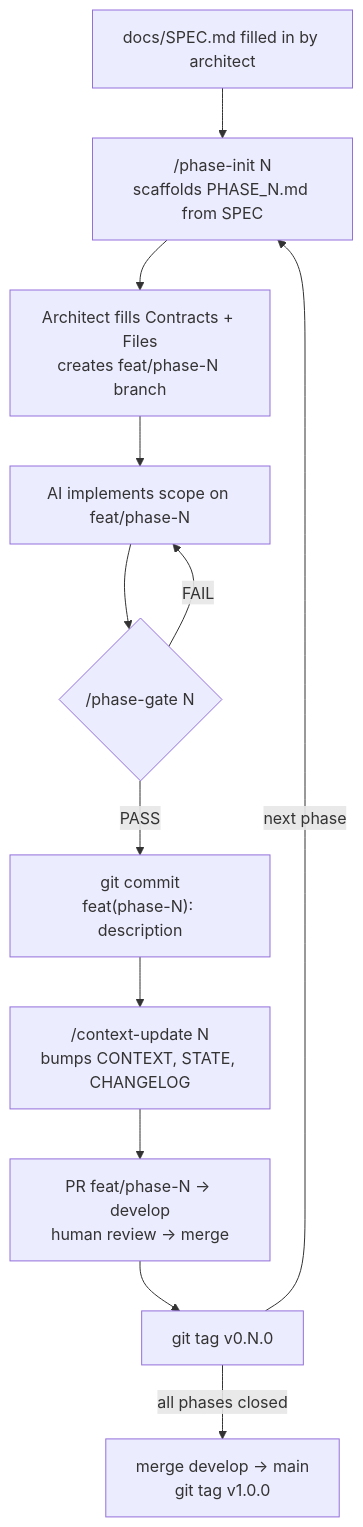
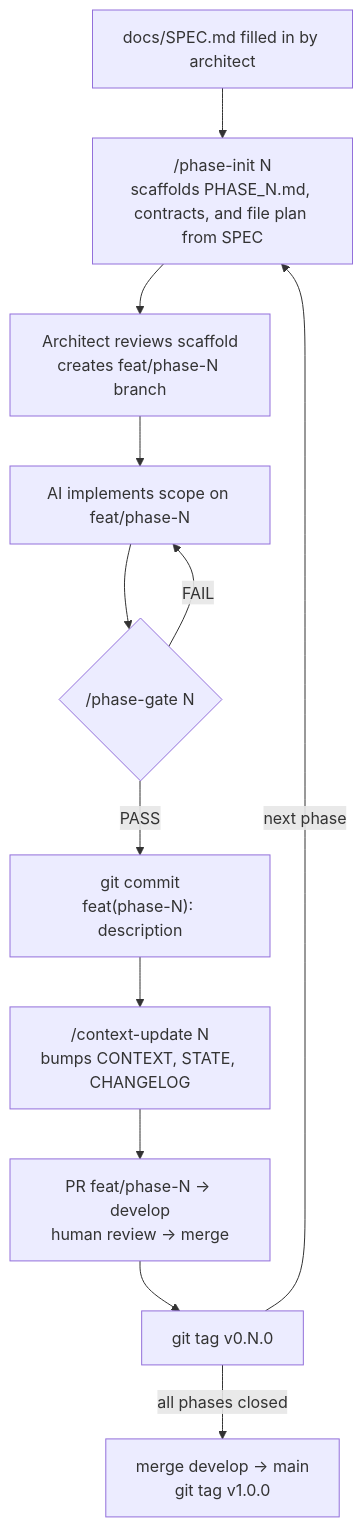
Before and after one commit to avatarsik6699/sdd-template: the diagram in README.md, drawn with Mermaid. The commit also changed other lines of this file, not shown here.

Commit message:
fix: clarify architect's role and phase-init functionality in README

````diff
--- a/README.md
+++ b/README.md
@@ -44,15 +44,15 @@
 ```mermaid
 flowchart TD
     Spec[docs/SPEC.md filled in by architect]
-    Spec --> Init["/phase-init N<br/>scaffolds PHASE_N.md from SPEC"]
-    Init --> Fill[Architect fills Contracts + Files<br/>creates feat/phase-N branch]
+    Spec --> Init["/phase-init N<br/>scaffolds PHASE_N.md, contracts, and file plan from SPEC"]
+    Init --> Fill[Architect reviews scaffold<br/>creates feat/phase-N branch]
     Fill --> Impl[AI implements scope on feat/phase-N]
     Impl --> Gate{"/phase-gate N"}
     Gate -- FAIL --> Impl
     Gate -- PASS --> Commit["git commit<br/>feat(phase-N): description"]
     Commit --> CtxUpdate["/context-update N<br/>bumps CONTEXT, STATE, CHANGELOG"]
     CtxUpdate --> PR[PR feat/phase-N → develop<br/>human review → merge]
     PR --> Tag["git tag v0.N.0"]
     Tag -- next phase --> Init
     Tag -- all phases closed --> Release[merge develop → main<br/>git tag v1.0.0]
 ```
````
